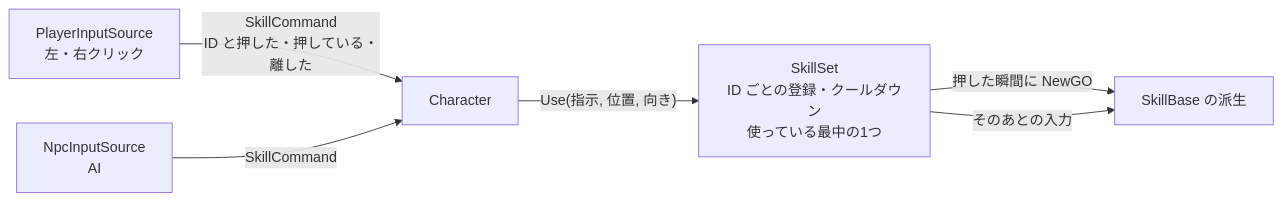
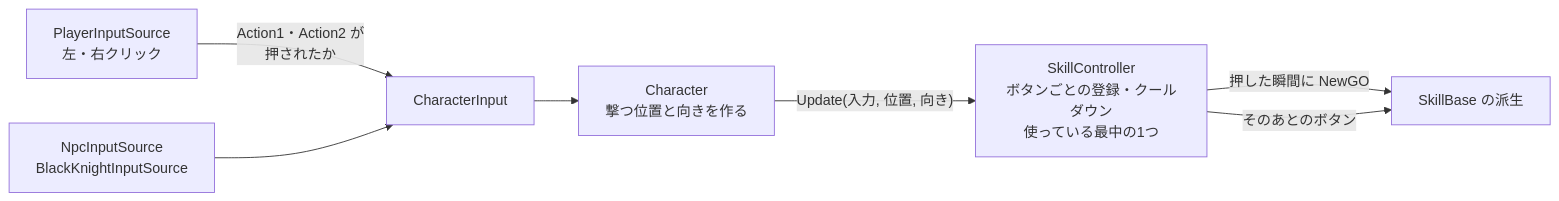
One commit to hirota-ryuki/Action changed the first of 2 diagrams in Action/docs/ゲーム/スキル/スキルの設計.md. Above: the diagram before and after it, drawn with Mermaid. The commit also changed other lines of this file and 12 other files, not shown here.

Commit message:
<docs>スキルの設計を SkillController・ActionButton の形に直し、関係するドキュメントを合わせる

````diff
--- a/Action/docs/ゲーム/スキル/スキルの設計.md
+++ b/Action/docs/ゲーム/スキル/スキルの設計.md
@@ -19,8 +19,9 @@
 ```mermaid
 flowchart LR
-    K[PlayerInputSource<br/>左・右クリック] -->|"SkillCommand<br/>ID と押した・押している・離した"| C[Character]
-    A[NpcInputSource<br/>AI] -->|SkillCommand| C
-    C -->|"Use(指示, 位置, 向き)"| S[SkillSet<br/>ID ごとの登録・クールダウン<br/>使っている最中の1つ]
+    P[PlayerInputSource<br/>左・右クリック] -->|"Action1・Action2 が<br/>押されたか"| I[CharacterInput]
+    A[NpcInputSource<br/>BlackKnightInputSource] --> I
+    I --> C["Character<br/>撃つ位置と向きを作る"]
+    C -->|"Update(入力, 位置, 向き)"| S["SkillController<br/>ボタンごとの登録・クールダウン<br/>使っている最中の1つ"]
     S -->|押した瞬間に NewGO| B[SkillBase の派生]
-    S -->|そのあとの入力| B
+    S -->|そのあとのボタン| B
 ```
````
